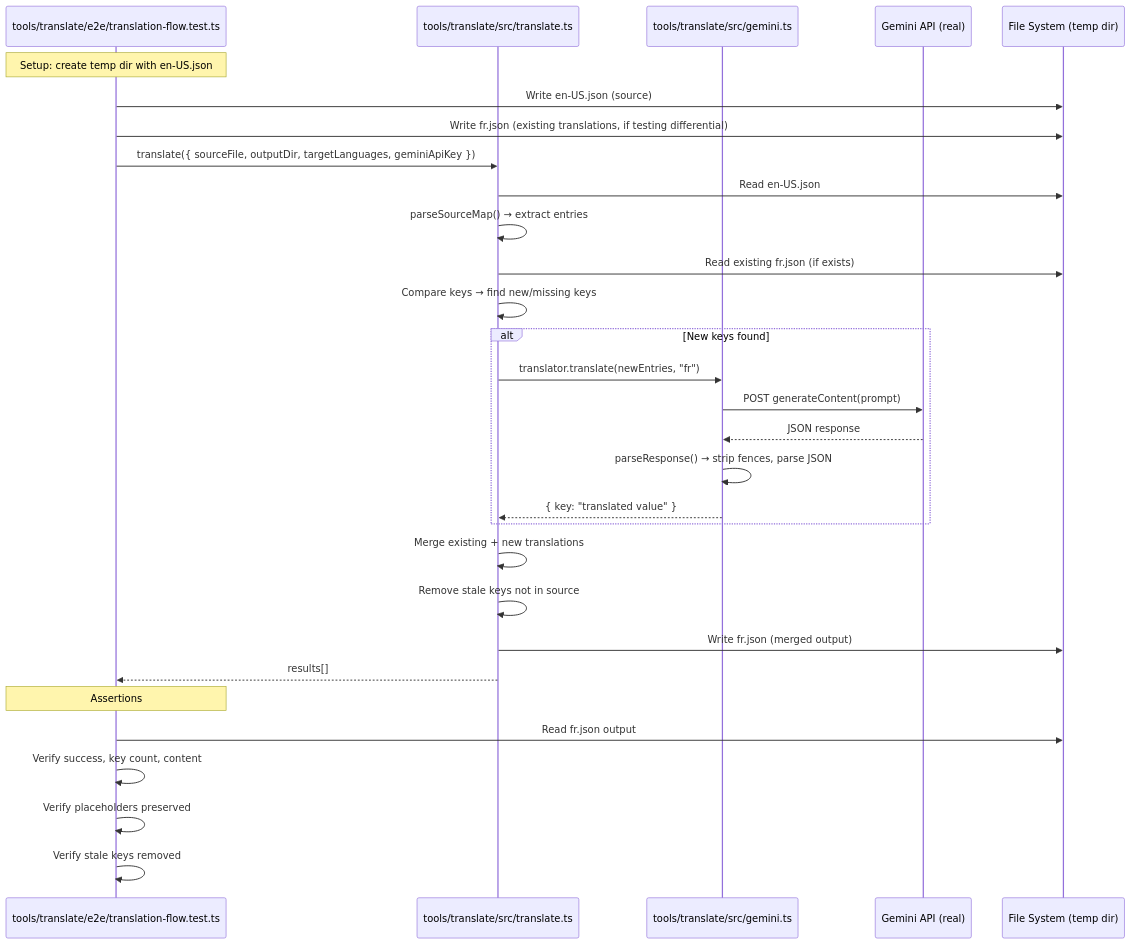
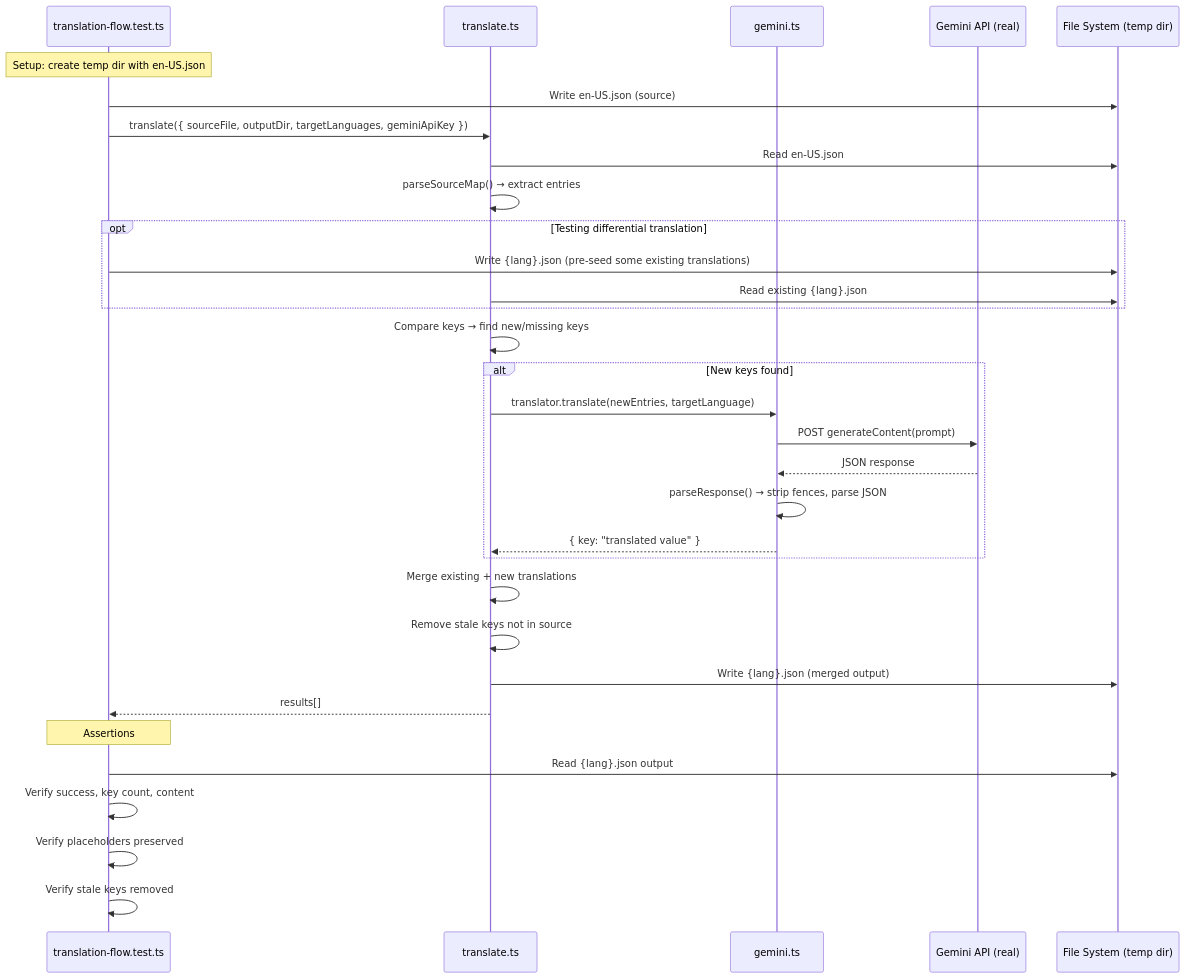
The first of 5 diagrams in README.md (jadecubes/free-translation-platform-buildup), drawn with Mermaid before and after one commit. The commit also changed other lines of this file, not shown here.

First line of the commit message:
docs: add glossary, translation memory, and optional extensions to README

````diff
--- a/README.md
+++ b/README.md
@@ -259,40 +259,42 @@
 ```mermaid
 sequenceDiagram
-    participant Test as tools/translate/e2e/translation-flow.test.ts
-    participant Translate as tools/translate/src/translate.ts
-    participant Gemini as tools/translate/src/gemini.ts
+    participant Test as translation-flow.test.ts
+    participant Translate as translate.ts
+    participant Gemini as gemini.ts
     participant API as Gemini API (real)
     participant FS as File System (temp dir)
 
     Note over Test: Setup: create temp dir with en-US.json
 
     Test->>FS: Write en-US.json (source)
-    Test->>FS: Write fr.json (existing translations, if testing differential)
-
     Test->>Translate: translate({ sourceFile, outputDir, targetLanguages, geminiApiKey })
 
     Translate->>FS: Read en-US.json
     Translate->>Translate: parseSourceMap() → extract entries
-    Translate->>FS: Read existing fr.json (if exists)
+
+    opt Testing differential translation
+        Test->>FS: Write {lang}.json (pre-seed some existing translations)
+        Translate->>FS: Read existing {lang}.json
+    end
+
     Translate->>Translate: Compare keys → find new/missing keys
 
     alt New keys found
-        Translate->>Gemini: translator.translate(newEntries, "fr")
+        Translate->>Gemini: translator.translate(newEntries, targetLanguage)
         Gemini->>API: POST generateContent(prompt)
         API-->>Gemini: JSON response
         Gemini->>Gemini: parseResponse() → strip fences, parse JSON
         Gemini-->>Translate: { key: "translated value" }
     end
 
     Translate->>Translate: Merge existing + new translations
     Translate->>Translate: Remove stale keys not in source
-    Translate->>FS: Write fr.json (merged output)
+    Translate->>FS: Write {lang}.json (merged output)
     Translate-->>Test: results[]
 
     Note over Test: Assertions
-
-    Test->>FS: Read fr.json output
+    Test->>FS: Read {lang}.json output
     Test->>Test: Verify success, key count, content
     Test->>Test: Verify placeholders preserved
     Test->>Test: Verify stale keys removed
 ```
````
